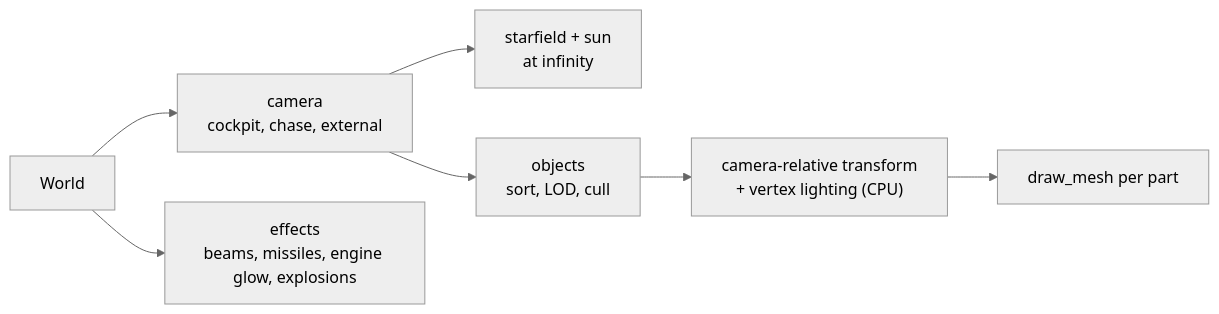
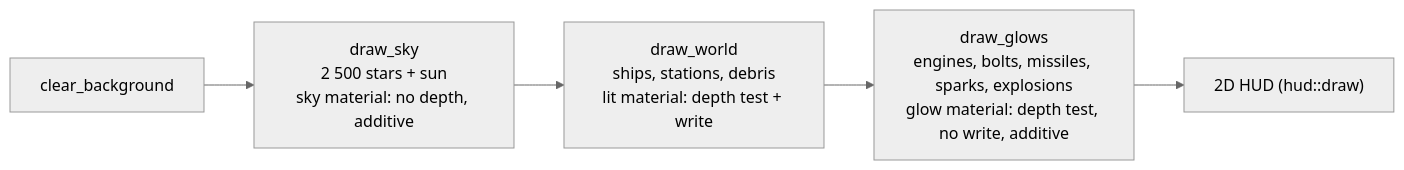
Before and after one commit to bbogovich/OpenInterceptor: the diagram in docs/architecture/rendering.md, drawn with Mermaid (neutral theme). The commit also changed other lines of this file and 48 other files, not shown here.

````diff
--- a/docs/architecture/rendering.md
+++ b/docs/architecture/rendering.md
@@ -7,9 +10,7 @@
 ```mermaid
 flowchart LR
-    W["World"] --> CA["camera<br/>cockpit, chase, external"]
-    CA --> SF["starfield + sun<br/>at infinity"]
-    CA --> OB["objects<br/>sort, LOD, cull"]
-    OB --> TR["camera-relative transform<br/>+ vertex lighting (CPU)"]
-    TR --> DM["draw_mesh per part"]
-    W --> EF["effects<br/>beams, missiles, engine glow, explosions"]
+    CL["clear_background"] --> SKY["draw_sky<br/>2 500 stars + sun<br/>sky material: no depth, additive"]
+    SKY --> SOL["draw_world<br/>ships, stations, debris<br/>lit material: depth test + write"]
+    SOL --> GLO["draw_glows<br/>engines, bolts, missiles, sparks, explosions<br/>glow material: depth test, no write, additive"]
+    GLO --> HUD["2D HUD (hud::draw)"]
 ```
````
